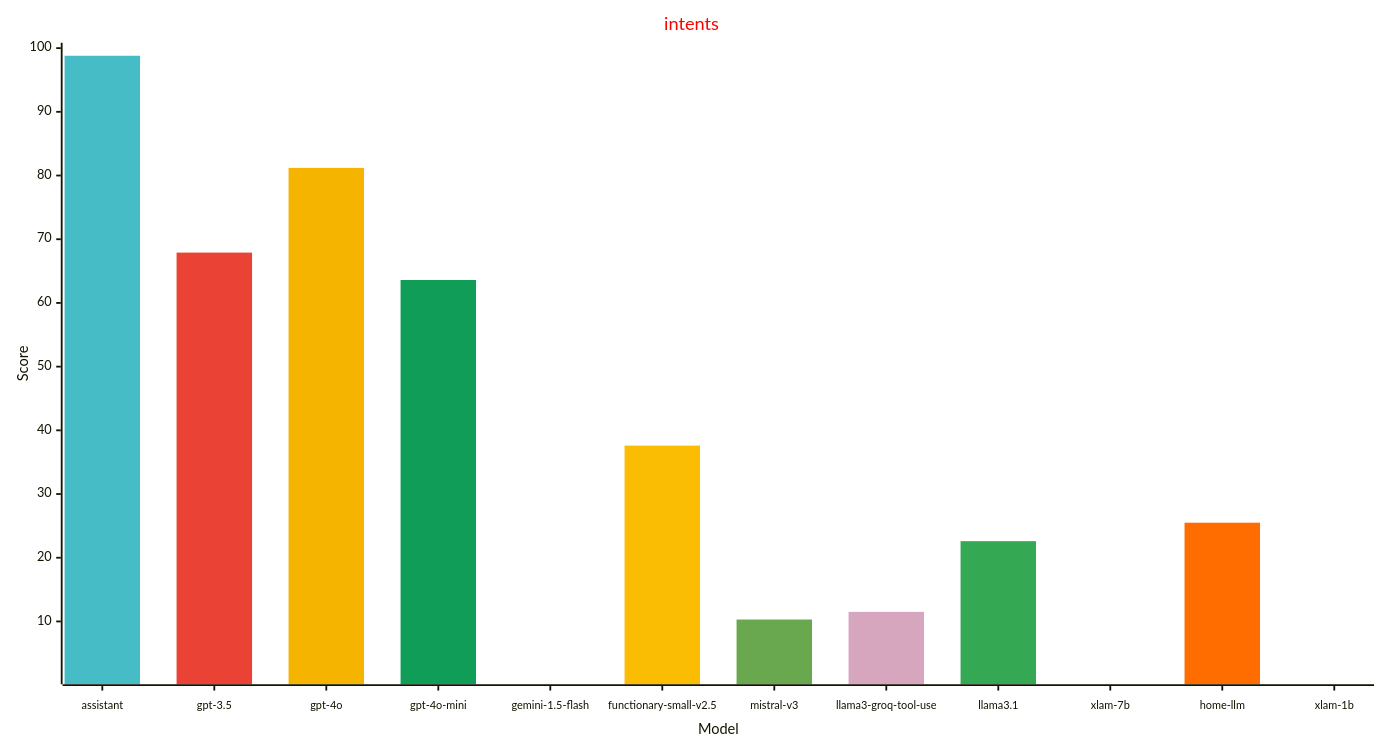
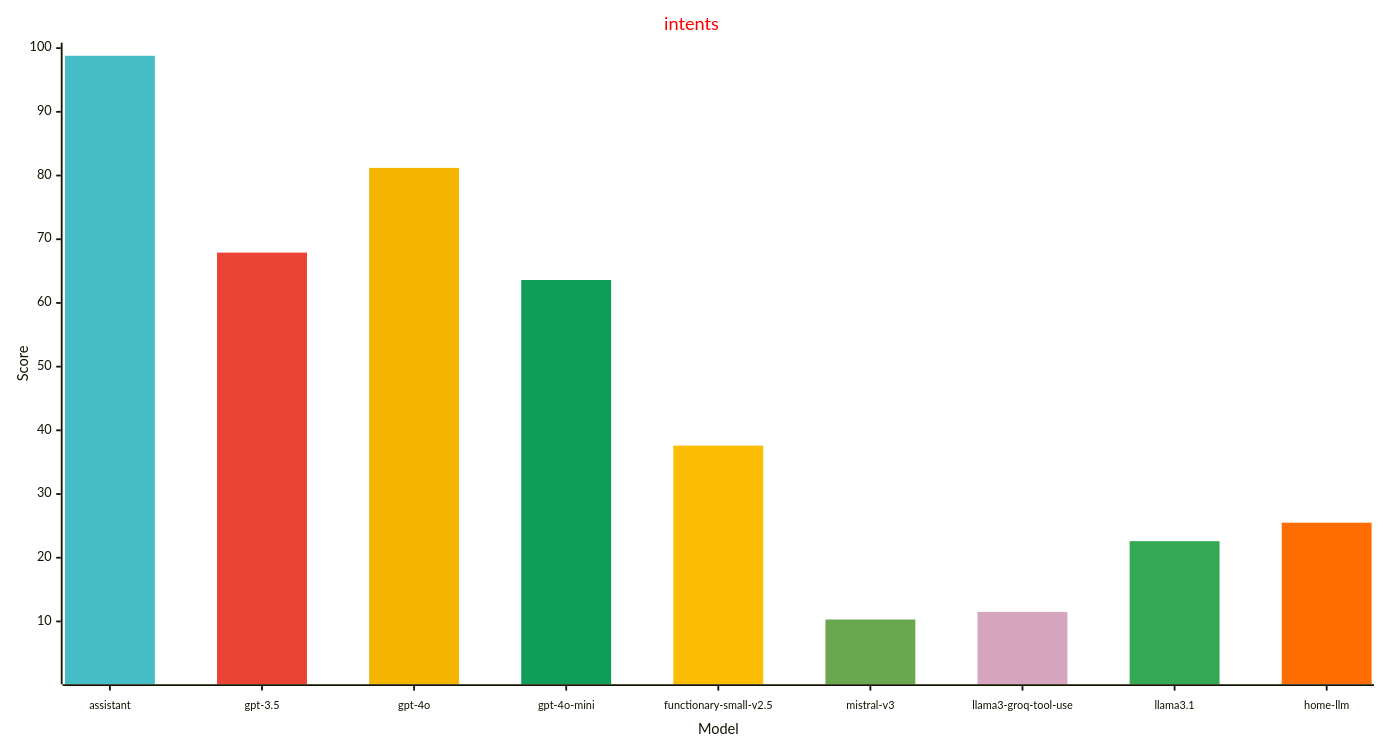
One commit to allenporter/home-assistant-datasets changed the third of 3 diagrams in reports/leaderboard.md. Above: the diagram before and after it, drawn with Mermaid. The commit also changed other lines of this file and 1 other file, not shown here.

````diff
--- a/reports/leaderboard.md
+++ b/reports/leaderboard.md
@@ -79,32 +76,29 @@
 ```mermaid
 ---
 config:
     xyChart:
         width: 1500
         height: 800
         xAxis:
           labelFontSize: 12
           labelPadding: 8
     themeVariables:
         xyChart:
             titleColor: "#ff0000"
-            plotColorPalette: "#46bdc6, #ea4335, #f4b400, #0f9d58, #4285f4, #fbbc04, #6aa84f, #d5a6bd, #34a853, #1155cc, #ff6d01, #674ea7"
+            plotColorPalette: "#46bdc6, #ea4335, #f4b400, #0f9d58, #fbbc04, #6aa84f, #d5a6bd, #34a853, #ff6d01"
 
 ---
 xychart-beta
   title "intents"
-  x-axis "Model" [assistant, gpt-3.5, gpt-4o, gpt-4o-mini, gemini-1.5-flash, functionary-small-v2.5, mistral-v3, llama3-groq-tool-use, llama3.1, xlam-7b, home-llm, xlam-1b]
+  x-axis "Model" [assistant, gpt-3.5, gpt-4o, gpt-4o-mini, functionary-small-v2.5, mistral-v3, llama3-groq-tool-use, llama3.1, home-llm]
   y-axis "Score" 1 --> 100
-  bar [98.8, 0.0, 0.0, 0.0, 0.0, 0.0, 0.0, 0.0, 0.0, 0.0, 0.0, 0.0]
-  bar [0.0, 67.9, 0.0, 0.0, 0.0, 0.0, 0.0, 0.0, 0.0, 0.0, 0.0, 0.0]
-  bar [0.0, 0.0, 81.2, 0.0, 0.0, 0.0, 0.0, 0.0, 0.0, 0.0, 0.0, 0.0]
-  bar [0.0, 0.0, 0.0, 63.6, 0.0, 0.0, 0.0, 0.0, 0.0, 0.0, 0.0, 0.0]
-  bar [0.0, 0.0, 0.0, 0.0, 0.0, 0.0, 0.0, 0.0, 0.0, 0.0, 0.0, 0.0]
-  bar [0.0, 0.0, 0.0, 0.0, 0.0, 37.6, 0.0, 0.0, 0.0, 0.0, 0.0, 0.0]
-  bar [0.0, 0.0, 0.0, 0.0, 0.0, 0.0, 10.3, 0.0, 0.0, 0.0, 0.0, 0.0]
-  bar [0.0, 0.0, 0.0, 0.0, 0.0, 0.0, 0.0, 11.5, 0.0, 0.0, 0.0, 0.0]
-  bar [0.0, 0.0, 0.0, 0.0, 0.0, 0.0, 0.0, 0.0, 22.6, 0.0, 0.0, 0.0]
-  bar [0.0, 0.0, 0.0, 0.0, 0.0, 0.0, 0.0, 0.0, 0.0, 0.0, 0.0, 0.0]
-  bar [0.0, 0.0, 0.0, 0.0, 0.0, 0.0, 0.0, 0.0, 0.0, 0.0, 25.5, 0.0]
-  bar [0.0, 0.0, 0.0, 0.0, 0.0, 0.0, 0.0, 0.0, 0.0, 0.0, 0.0, 0.0]
+  bar [98.8, 0.0, 0.0, 0.0, 0.0, 0.0, 0.0, 0.0, 0.0]
+  bar [0.0, 67.9, 0.0, 0.0, 0.0, 0.0, 0.0, 0.0, 0.0]
+  bar [0.0, 0.0, 81.2, 0.0, 0.0, 0.0, 0.0, 0.0, 0.0]
+  bar [0.0, 0.0, 0.0, 63.6, 0.0, 0.0, 0.0, 0.0, 0.0]
+  bar [0.0, 0.0, 0.0, 0.0, 37.6, 0.0, 0.0, 0.0, 0.0]
+  bar [0.0, 0.0, 0.0, 0.0, 0.0, 10.3, 0.0, 0.0, 0.0]
+  bar [0.0, 0.0, 0.0, 0.0, 0.0, 0.0, 11.5, 0.0, 0.0]
+  bar [0.0, 0.0, 0.0, 0.0, 0.0, 0.0, 0.0, 22.6, 0.0]
+  bar [0.0, 0.0, 0.0, 0.0, 0.0, 0.0, 0.0, 0.0, 25.5]
 ```
````
